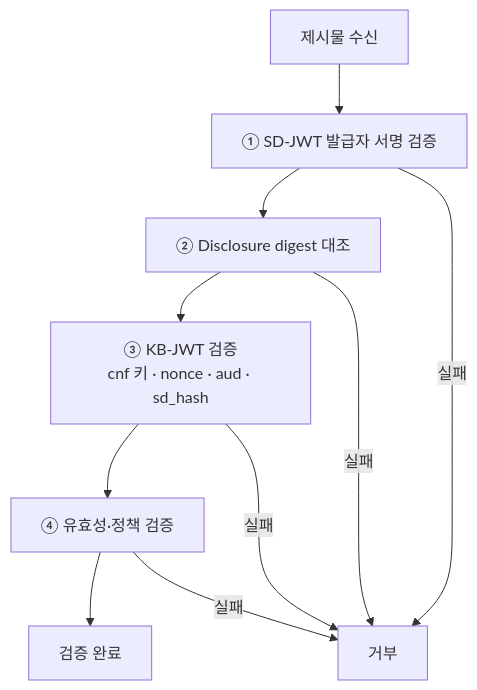
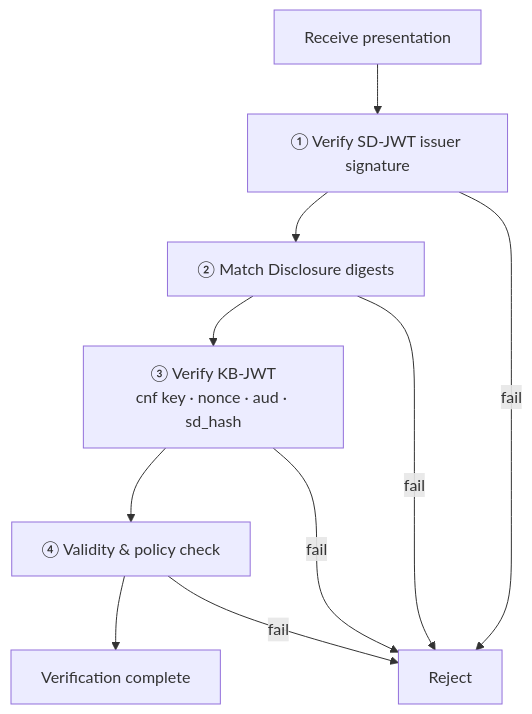
Before and after one commit to OmniOneID/poc-oid4vc: the third of 4 diagrams in docs/concepts/sdjwt/sdjwt_presentation_and_verification.md, drawn with Mermaid. The commit also changed other lines of this file and 29 other files, not shown here.

````diff
--- a/docs/concepts/sdjwt/sdjwt_presentation_and_verification.md
+++ b/docs/concepts/sdjwt/sdjwt_presentation_and_verification.md
@@ -118,12 +118,12 @@
 ```mermaid
 flowchart TB
-    R[제시물 수신] --> V1[① SD-JWT 발급자 서명 검증]
-    V1 --> V2[② Disclosure digest 대조]
-    V2 --> V3[③ KB-JWT 검증<br/>cnf 키 · nonce · aud · sd_hash]
-    V3 --> V4[④ 유효성·정책 검증]
-    V4 --> OK[검증 완료]
-    V1 -->|실패| NG[거부]
-    V2 -->|실패| NG
-    V3 -->|실패| NG
-    V4 -->|실패| NG
+    R[Receive presentation] --> V1[① Verify SD-JWT issuer signature]
+    V1 --> V2[② Match Disclosure digests]
+    V2 --> V3[③ Verify KB-JWT<br/>cnf key · nonce · aud · sd_hash]
+    V3 --> V4[④ Validity & policy check]
+    V4 --> OK[Verification complete]
+    V1 -->|fail| NG[Reject]
+    V2 -->|fail| NG
+    V3 -->|fail| NG
+    V4 -->|fail| NG
 ```
````
